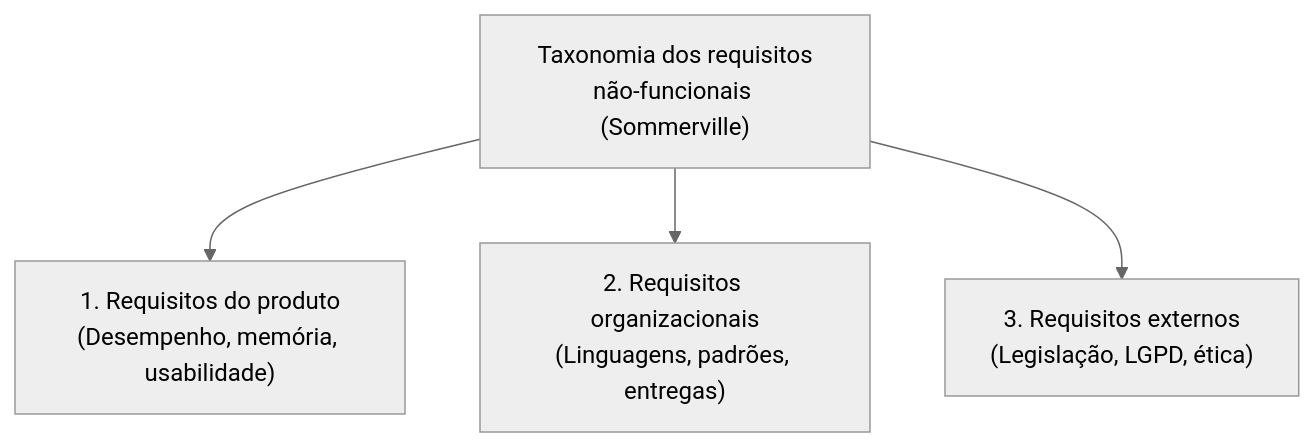
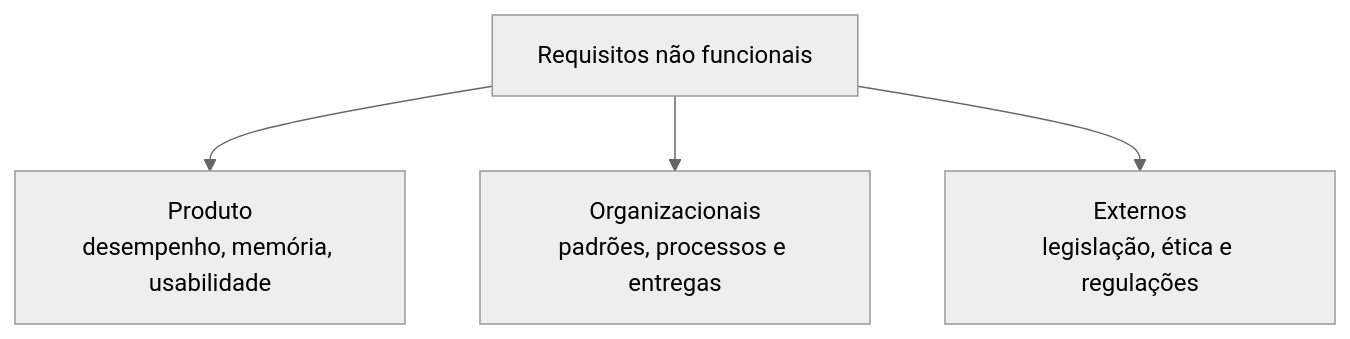
Before and after one commit to leorruas/puc: the diagram in 07. Engenharia de Requisitos/04. Requisitos funcionais e não-funcionais.md, drawn with Mermaid (neutral theme). The commit also changed other lines of this file, not shown here.

Commit message:
Reorganiza requisitos funcionais e não funcionais

````diff
--- a/07. Engenharia de Requisitos/04. Requisitos funcionais e não-funcionais.md
+++ b/07. Engenharia de Requisitos/04. Requisitos funcionais e não-funcionais.md
@@ -83,6 +83,11 @@
 ```mermaid
 flowchart TD
-    NodeRoot["Taxonomia dos requisitos<br>não-funcionais (Sommerville)"] --> NodeProd["1. Requisitos do produto<br>(Desempenho, memória, usabilidade)"]
-    NodeRoot --> NodeOrg["2. Requisitos organizacionais<br>(Linguagens, padrões, entregas)"]
-    NodeRoot --> NodeExt["3. Requisitos externos<br>(Legislação, LGPD, ética)"]
+    RNF["Requisitos não funcionais"]:::core
+    Produto["Produto<br>desempenho, memória, usabilidade"]:::component
+    Organizacao["Organizacionais<br>padrões, processos e entregas"]:::component
+    Externos["Externos<br>legislação, ética e regulações"]:::external
+
+    RNF --> Produto
+    RNF --> Organizacao
+    RNF --> Externos
 ```
````
